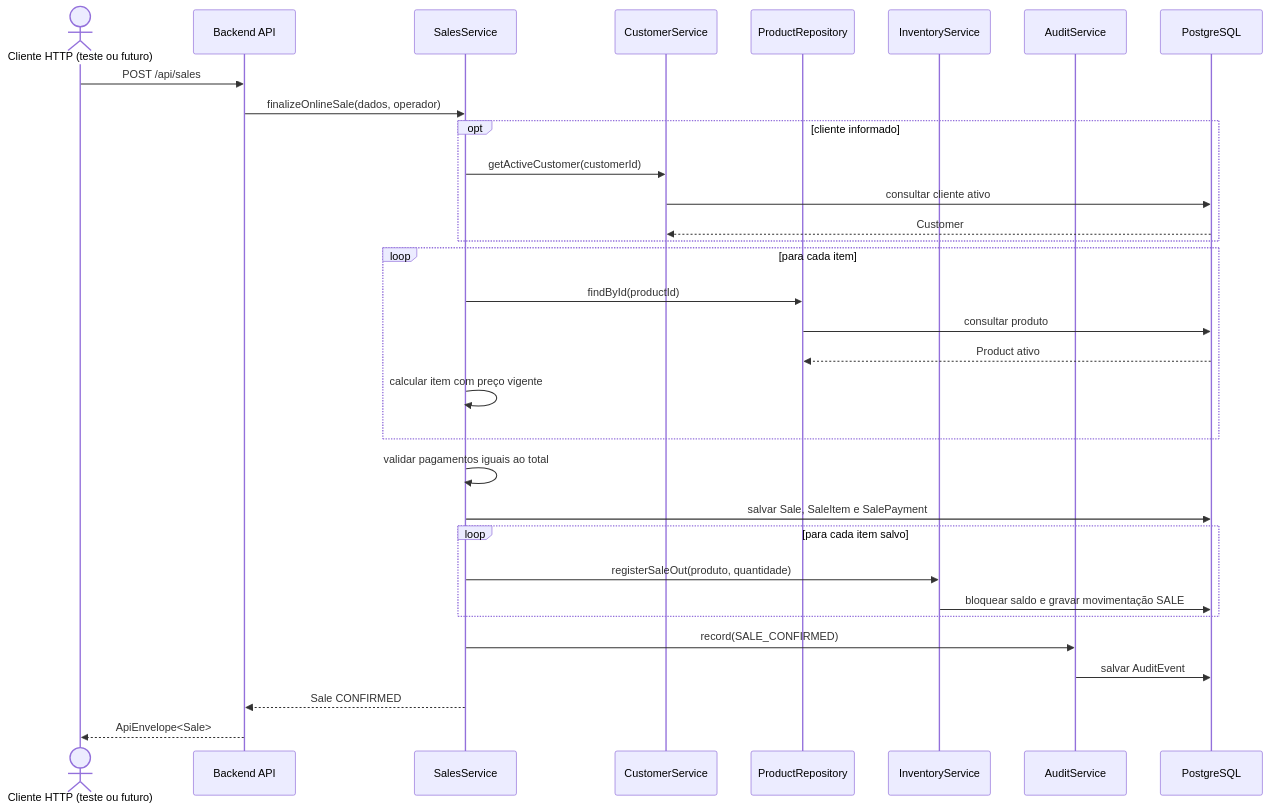
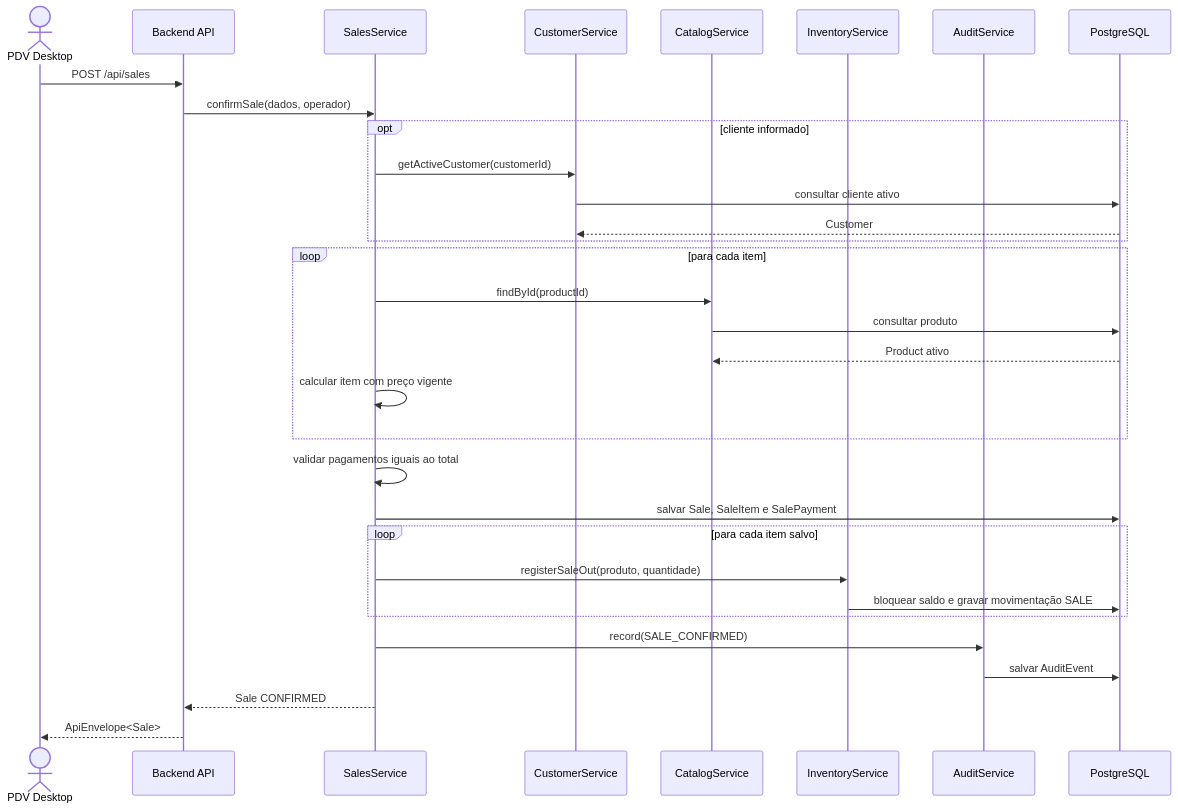
One commit to Fatech-Ypiranga/Mercado-One-Java changed the sixth of 9 diagrams in docs/diagramas.md. Above: the diagram before and after it, drawn with Mermaid. The commit also changed other lines of this file and 9 other files, not shown here.

````diff
--- a/docs/diagramas.md
+++ b/docs/diagramas.md
@@ -423,40 +423,40 @@
 ```mermaid
 sequenceDiagram
-    actor ClienteHttp as Cliente HTTP (teste ou futuro)
+    actor ClienteHttp as PDV Desktop
     participant Api as Backend API
     participant Sales as SalesService
     participant Customers as CustomerService
-    participant Products as ProductRepository
+    participant Products as CatalogService
     participant Inventory as InventoryService
     participant Audit as AuditService
     participant Db as PostgreSQL
 
     ClienteHttp->>Api: POST /api/sales
-    Api->>Sales: finalizeOnlineSale(dados, operador)
+    Api->>Sales: confirmSale(dados, operador)
 
     opt cliente informado
         Sales->>Customers: getActiveCustomer(customerId)
         Customers->>Db: consultar cliente ativo
         Db-->>Customers: Customer
     end
 
     loop para cada item
         Sales->>Products: findById(productId)
         Products->>Db: consultar produto
         Db-->>Products: Product ativo
         Sales->>Sales: calcular item com preço vigente
     end
 
     Sales->>Sales: validar pagamentos iguais ao total
     Sales->>Db: salvar Sale, SaleItem e SalePayment
 
     loop para cada item salvo
         Sales->>Inventory: registerSaleOut(produto, quantidade)
         Inventory->>Db: bloquear saldo e gravar movimentação SALE
     end
 
     Sales->>Audit: record(SALE_CONFIRMED)
     Audit->>Db: salvar AuditEvent
     Sales-->>Api: Sale CONFIRMED
     Api-->>ClienteHttp: ApiEnvelope<Sale>
 ```
````
